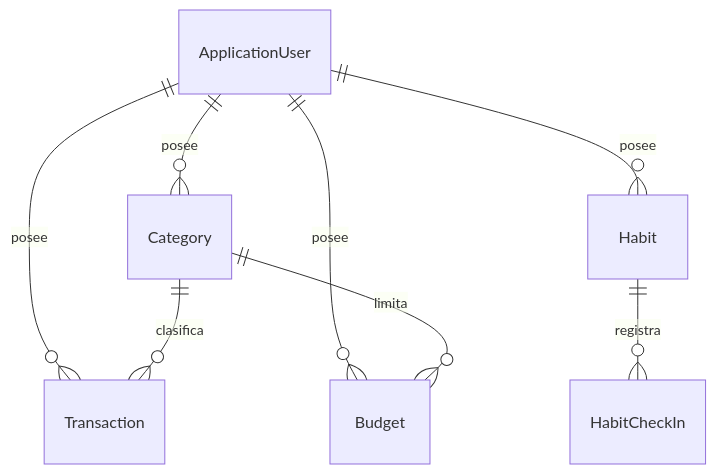
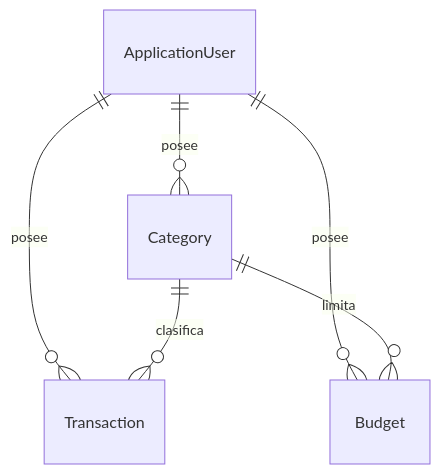
Before and after one commit to evertabor/LifeTrack: the first of 2 diagrams in docs/01-especificacion.md, drawn with Mermaid. The commit also changed other lines of this file and 20 other files, not shown here.

````diff
--- a/docs/01-especificacion.md
+++ b/docs/01-especificacion.md
@@ -203,10 +179,8 @@
 ```mermaid
 erDiagram
     ApplicationUser ||--o{ Category : posee
     ApplicationUser ||--o{ Transaction : posee
     ApplicationUser ||--o{ Budget : posee
-    ApplicationUser ||--o{ Habit : posee
     Category ||--o{ Transaction : clasifica
     Category ||--o{ Budget : limita
-    Habit ||--o{ HabitCheckIn : registra
 ```
````
